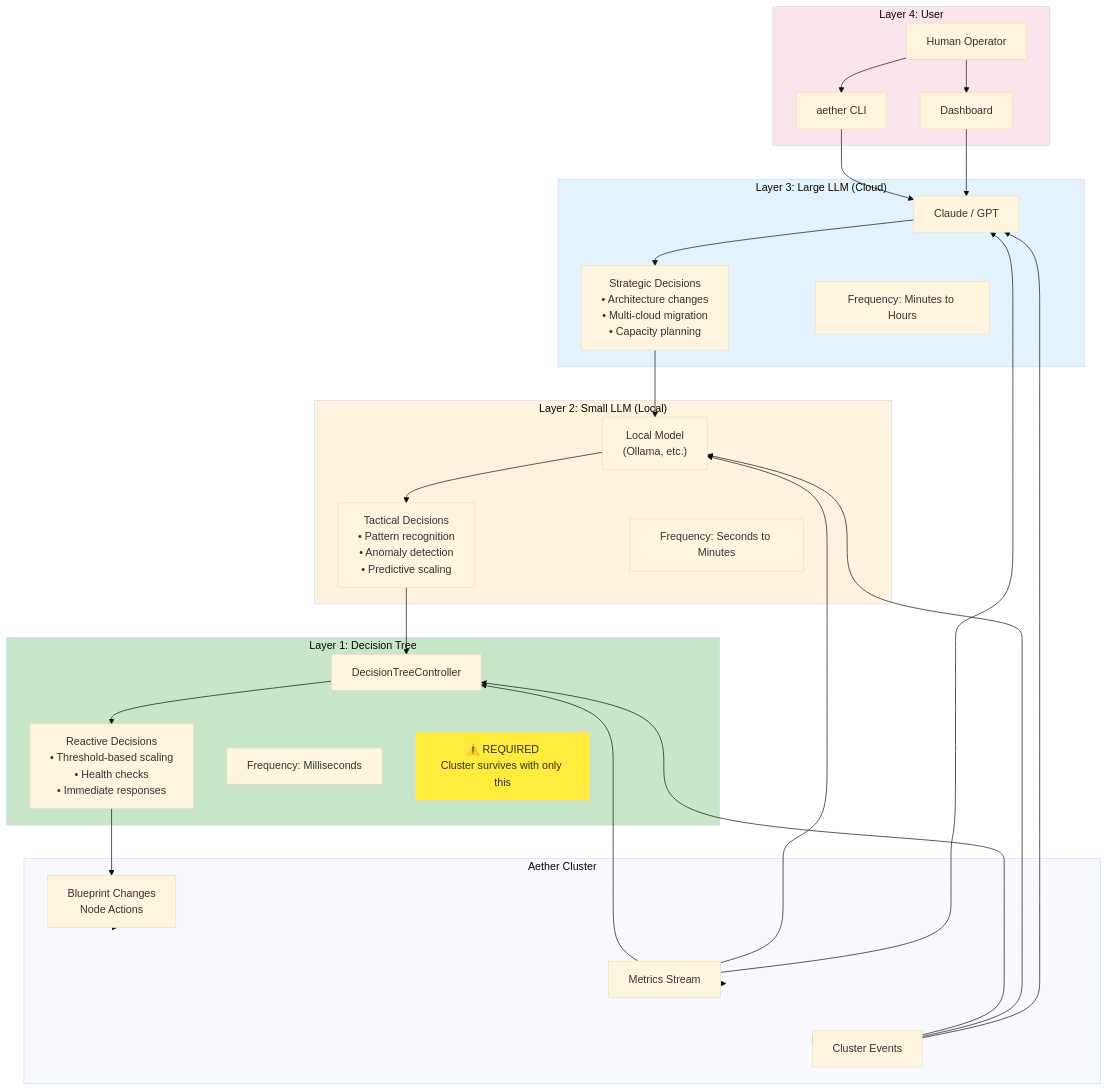
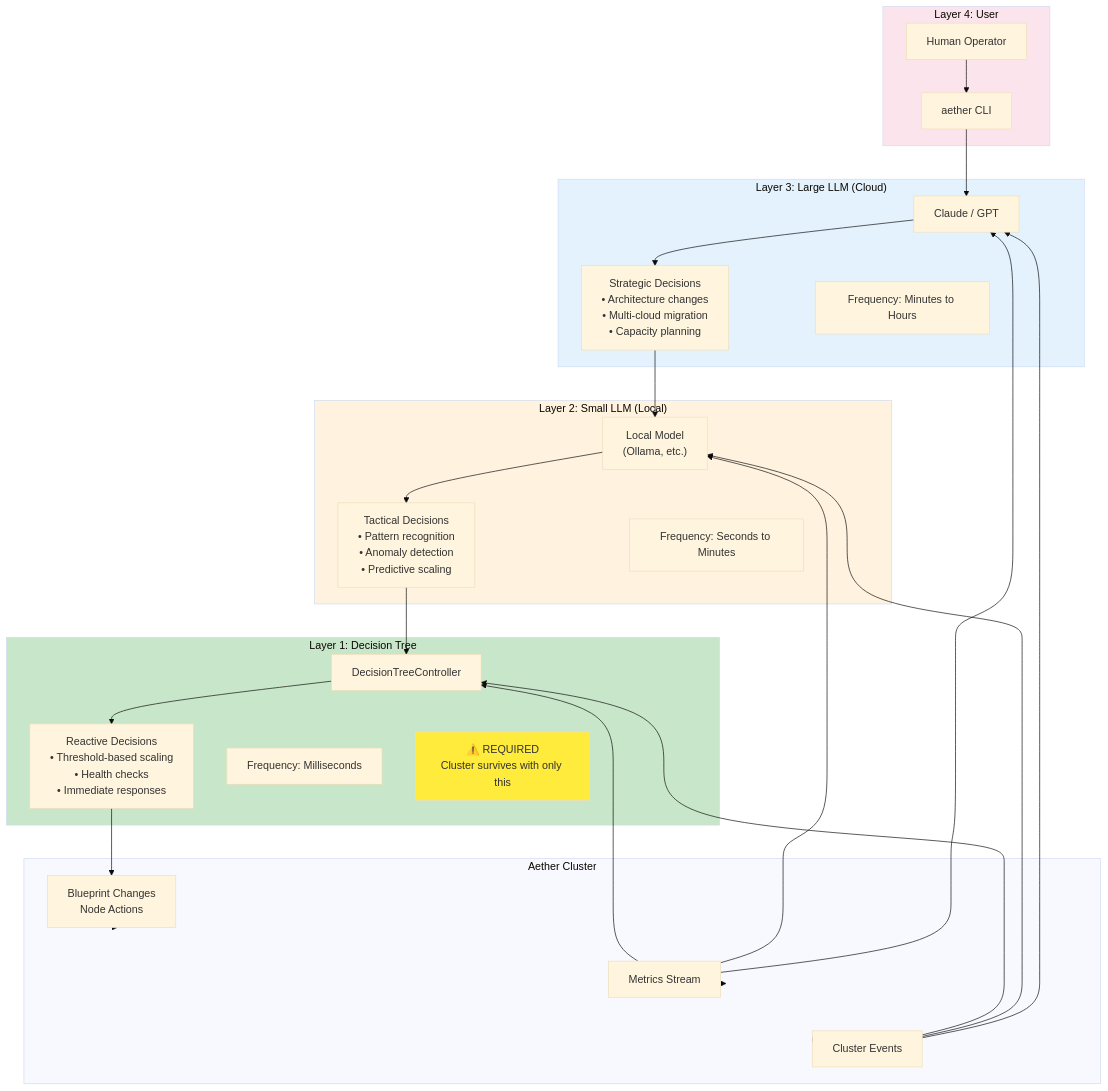
One commit to pragmaticalabs/pragmatica changed the sixth of 8 diagrams in aether/docs/architecture-diagrams.md. Above: the diagram before and after it, drawn with Mermaid (base theme). The commit also changed other lines of this file and 141 other files, not shown here.

````diff
--- a/aether/docs/architecture-diagrams.md
+++ b/aether/docs/architecture-diagrams.md
@@ -316,64 +316,61 @@
 ```mermaid
 graph TB
     subgraph Layer4["Layer 4: User"]
         User["Human Operator"]
         CLI["aether CLI"]
-        Dashboard["Dashboard"]
     end
 
     subgraph Layer3["Layer 3: Large LLM (Cloud)"]
         LLM["Claude / GPT"]
         L3Decisions["Strategic Decisions<br/>• Architecture changes<br/>• Multi-cloud migration<br/>• Capacity planning"]
         L3Freq["Frequency: Minutes to Hours"]
     end
 
     subgraph Layer2["Layer 2: Small LLM (Local)"]
         SLM["Local Model<br/>(Ollama, etc.)"]
         L2Decisions["Tactical Decisions<br/>• Pattern recognition<br/>• Anomaly detection<br/>• Predictive scaling"]
         L2Freq["Frequency: Seconds to Minutes"]
     end
 
     subgraph Layer1["Layer 1: Decision Tree"]
         DT["DecisionTreeController"]
         L1Decisions["Reactive Decisions<br/>• Threshold-based scaling<br/>• Health checks<br/>• Immediate responses"]
         L1Freq["Frequency: Milliseconds"]
         Required["⚠️ REQUIRED<br/>Cluster survives with only this"]
     end
 
     subgraph Cluster["Aether Cluster"]
         Metrics["Metrics Stream"]
         Events["Cluster Events"]
         Actions["Blueprint Changes<br/>Node Actions"]
     end
 
     User --> CLI
-    User --> Dashboard
     CLI --> LLM
-    Dashboard --> LLM
 
     LLM --> L3Decisions
     L3Decisions --> SLM
 
     SLM --> L2Decisions
     L2Decisions --> DT
 
     DT --> L1Decisions
     L1Decisions --> Actions
 
     Metrics --> DT
     Metrics --> SLM
     Metrics --> LLM
     Events --> DT
     Events --> SLM
     Events --> LLM
 
     Actions --> Cluster
     Cluster --> Metrics
     Cluster --> Events
 
     style Layer1 fill:#c8e6c9
     style Required fill:#ffeb3b
     style Layer2 fill:#fff3e0
     style Layer3 fill:#e3f2fd
     style Layer4 fill:#fce4ec
 ```
````
